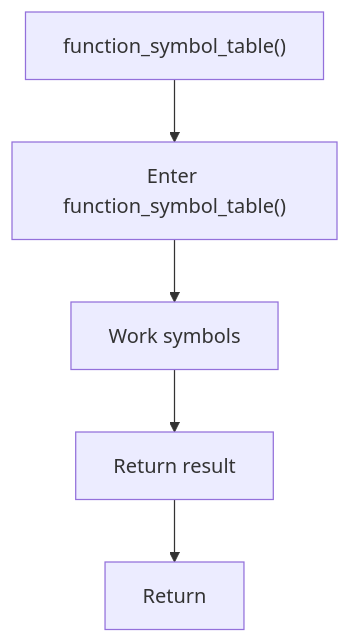
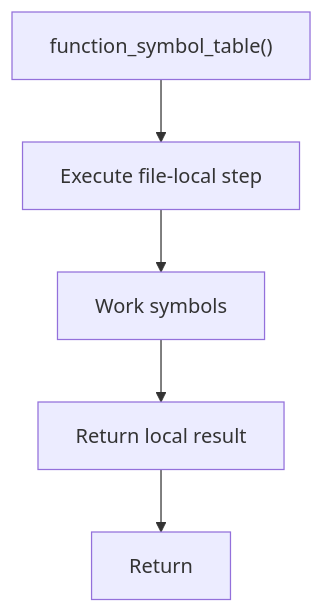
The diagram in docs/Codebase/Microservice/Modules/Source/Analysis/ImplementationUse/Resolution/Symbols/Query/Flow/functions/function_symbol_table.cpp.md (JohnAndrewBalbarosa/NeoTerritory), drawn with Mermaid before and after one commit. The commit also changed other lines of this file and 925 other files, not shown here.

````diff
--- a/docs/Codebase/Microservice/Modules/Source/Analysis/ImplementationUse/Resolution/Symbols/Query/Flow/functions/function_symbol_table.cpp.md
+++ b/docs/Codebase/Microservice/Modules/Source/Analysis/ImplementationUse/Resolution/Symbols/Query/Flow/functions/function_symbol_table.cpp.md
@@ -17,12 +17,12 @@
 ```mermaid
 flowchart TD
     Start["function_symbol_table()"]
-    N0["Enter function_symbol_table()"]
+    N0["Execute file-local step"]
     N1["Work symbols"]
-    N2["Return result"]
+    N2["Return local result"]
     End["Return"]
     Start --> N0
     N0 --> N1
     N1 --> N2
     N2 --> End
 ```
````
